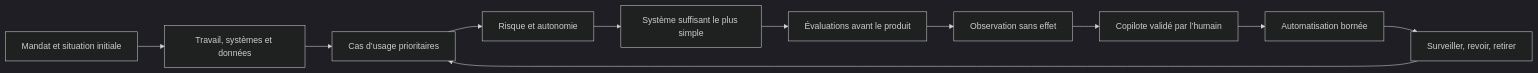
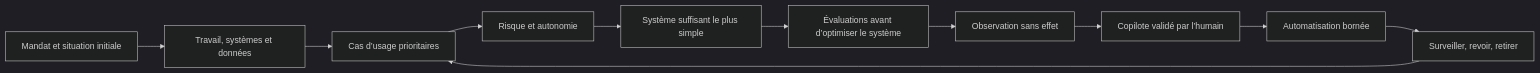
Before and after one commit to Musyg/ai-adoption-playbook: the diagram in README.fr.md, drawn with Mermaid (dark theme). The commit also changed 6 other files, not shown here.

````diff
--- a/README.fr.md
+++ b/README.fr.md
@@ -105,13 +105,13 @@
 ```mermaid
 flowchart LR
     A["Mandat et situation initiale"] --> B["Travail, systèmes et données"]
     B --> C["Cas d’usage prioritaires"]
     C --> D["Risque et autonomie"]
     D --> E["Système suffisant le plus simple"]
-    E --> F["Évaluations avant le produit"]
+    E --> F["Évaluations avant d’optimiser le système"]
     F --> G["Observation sans effet"]
     G --> H["Copilote validé par l’humain"]
     H --> I["Automatisation bornée"]
     I --> J["Surveiller, revoir, retirer"]
     J --> C
 ```
````
